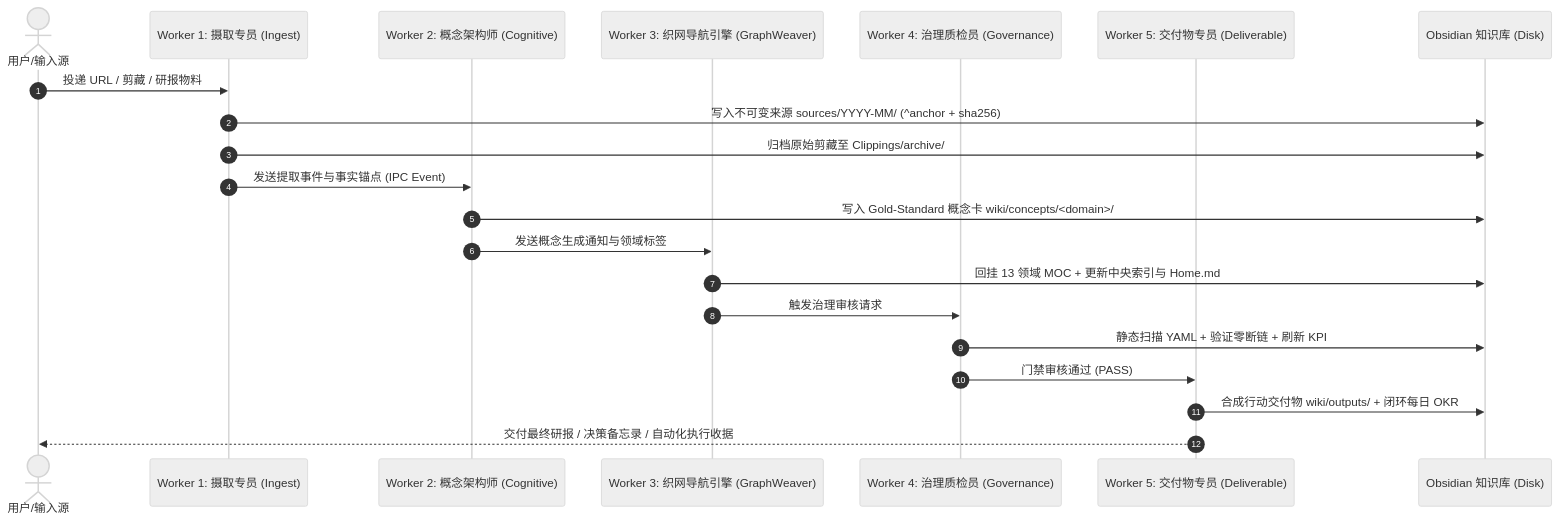
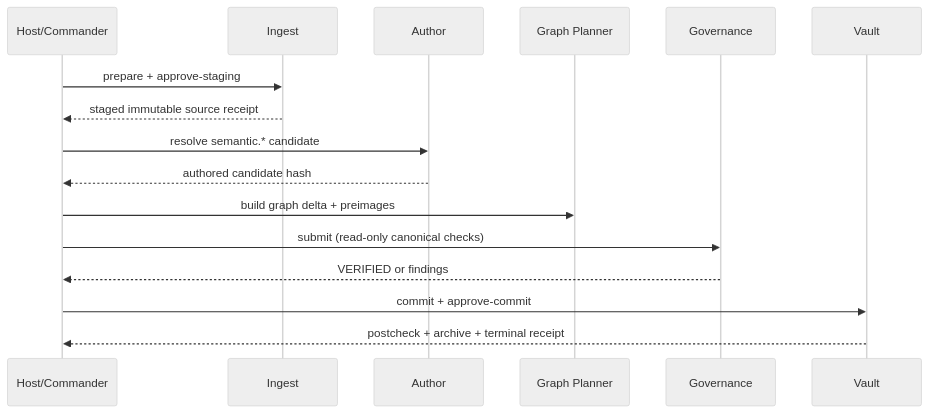
Before and after one commit to Mark393295827/third-brain-v7-skills: the diagram in docs/worker-flows-guide-zh.md, drawn with Mermaid (neutral theme). The commit also changed other lines of this file and 178 other files, not shown here.

````diff
--- a/docs/worker-flows-guide-zh.md
+++ b/docs/worker-flows-guide-zh.md
@@ -33,28 +25,18 @@
 ```mermaid
 sequenceDiagram
-    autonumber
-    actor User as 用户/输入源
-    participant W1 as Worker 1: 摄取专员 (Ingest)
-    participant W2 as Worker 2: 概念架构师 (Cognitive)
-    participant W3 as Worker 3: 织网导航引擎 (GraphWeaver)
-    participant W4 as Worker 4: 治理质检员 (Governance)
-    participant W5 as Worker 5: 交付物专员 (Deliverable)
-    participant Disk as Obsidian 知识库 (Disk)
-
-    User->>W1: 投递 URL / 剪藏 / 研报物料
-    W1->>Disk: 写入不可变来源 sources/YYYY-MM/ (^anchor + sha256)
-    W1->>Disk: 归档原始剪藏至 Clippings/archive/
-    W1->>W2: 发送提取事件与事实锚点 (IPC Event)
-    
-    W2->>Disk: 写入 Gold-Standard 概念卡 wiki/concepts/<domain>/
-    W2->>W3: 发送概念生成通知与领域标签
-    
-    W3->>Disk: 回挂 13 领域 MOC + 更新中央索引与 Home.md
-    W3->>W4: 触发治理审核请求
-    
-    W4->>Disk: 静态扫描 YAML + 验证零断链 + 刷新 KPI
-    W4->>W5: 门禁审核通过 (PASS)
-    
-    W5->>Disk: 合成行动交付物 wiki/outputs/ + 闭环每日 OKR
-    W5-->>User: 交付最终研报 / 决策备忘录 / 自动化执行收据
+    participant H as Host/Commander
+    participant W1 as Ingest
+    participant W2 as Author
+    participant W3 as Graph Planner
+    participant W4 as Governance
+    participant V as Vault
+    H->>W1: prepare + approve-staging
+    W1-->>H: staged immutable source receipt
+    H->>W2: resolve semantic.* candidate
+    W2-->>H: authored candidate hash
+    H->>W3: build graph delta + preimages
+    H->>W4: submit (read-only canonical checks)
+    W4-->>H: VERIFIED or findings
+    H->>V: commit + approve-commit
+    V-->>H: postcheck + archive + terminal receipt
 ```
````
